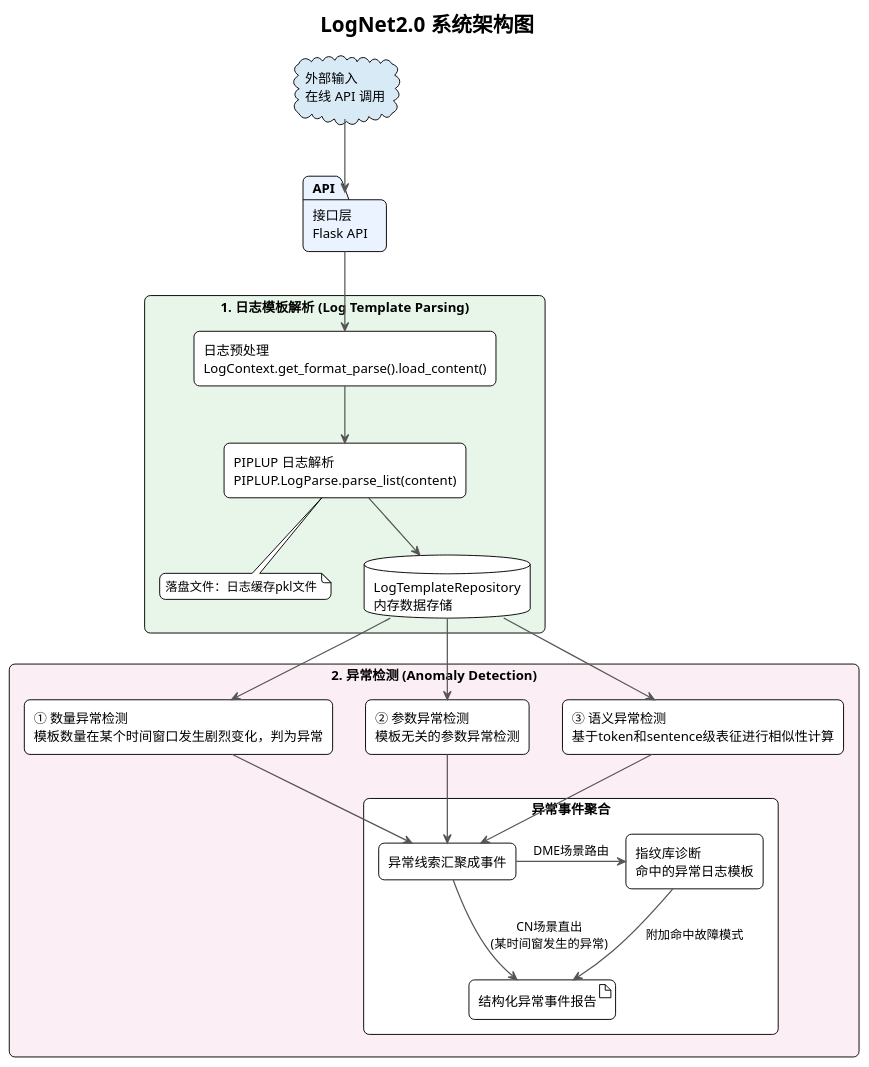
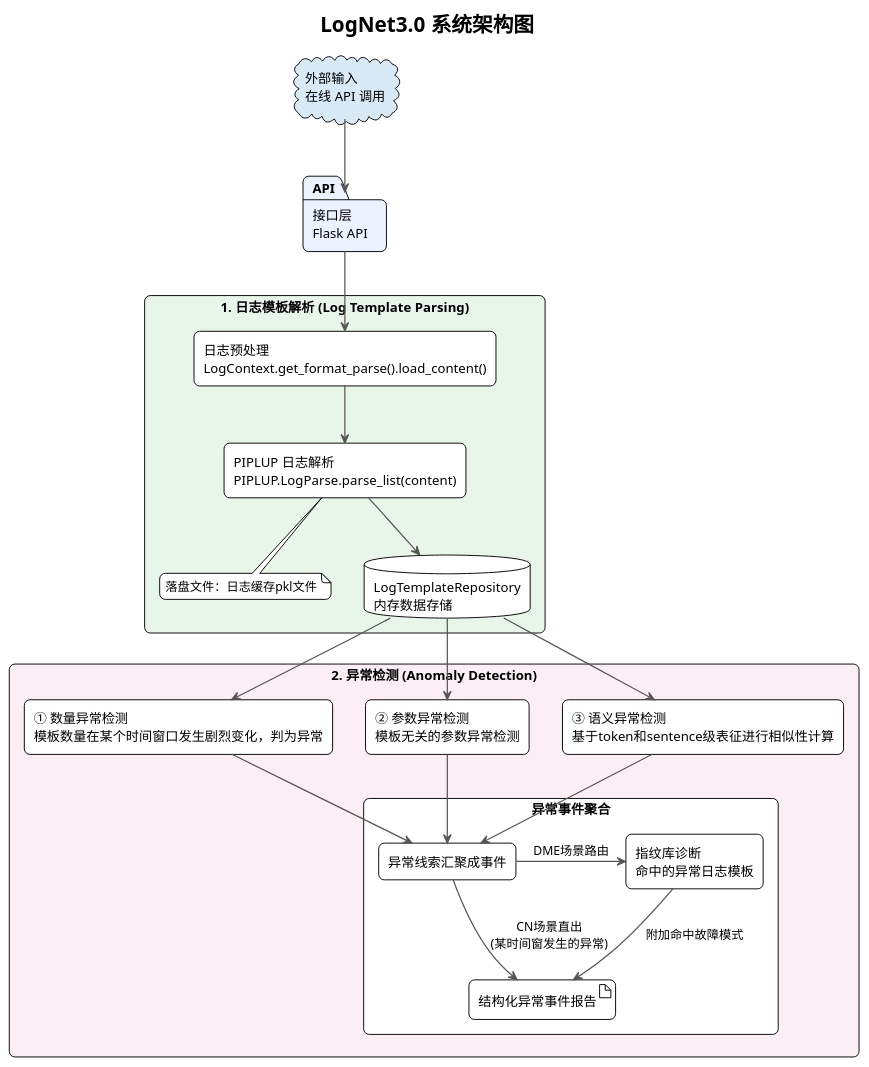
Before and after one commit to HouMonKy/TIG-PIPLUP: the first of 10 diagrams in LogNet3.0方案设计与实现文档.md, drawn with PlantUML. The commit also changed other lines of this file, not shown here.

````diff
--- a/LogNet3.0方案设计与实现文档.md
+++ b/LogNet3.0方案设计与实现文档.md
@@ -40,61 +40,61 @@
 ```plantuml
 @startuml TIG_PIPLUP_Architecture_Optimized
 !theme plain
 skinparam backgroundColor white
 skinparam shadowing false
 skinparam roundCorner 12
 skinparam packageStyle rectangle
 skinparam ArrowColor #555555
 skinparam ArrowThickness 1.3
 skinparam componentStyle rectangle
 
-title LogNet2.0 系统架构图
+title LogNet3.0 系统架构图
 
 cloud "外部输入\n在线 API 调用" as Ext #D9EAF7
 package "接口层\nFlask API" as API #EAF3FF
 
 package "1. 日志模板解析 (Log Template Parsing)" as ParseModule #E8F5E9 {
     component "日志预处理\nLogContext.get_format_parse().load_content()" as PreProcess
     component "PIPLUP 日志解析\nPIPLUP.LogParse.parse_list(content)" as Parse
     note bottom of Parse
       落盘文件：日志缓存pkl文件
     end note
     database "LogTemplateRepository\n内存数据存储" as Repo #FFFFFF
 }
 
 package "2. 异常检测 (Anomaly Detection)" as DetectModule #FCEEF5 {
     component "① 数量异常检测\n模板数量在某个时间窗口发生剧烈变化，判为异常" as DetectNum
     component "② 参数异常检测\n模板无关的参数异常检测" as DetectParam
     component "③ 语义异常检测\n基于token和sentence级表征进行相似性计算" as DetectSemantic
     
     package "异常事件聚合" as EventModule #FFFFFF {
         component "异常线索汇聚成事件" as EventAgg
         component "指纹库诊断\n命中的异常日志模板" as DME_Diag
         artifact "结构化异常事件报告" as EventReport
     }
 }
 
 ' 基础链路
 Ext -down-> API
 API -down-> PreProcess
 PreProcess -down-> Parse
 Parse -down-> Repo
 
 ' 数据流向异常检测组件
 Repo -down-> DetectNum
 Repo -down-> DetectParam
 Repo -down-> DetectSemantic
 
 ' 异常检测输出至事件聚合
 DetectNum -down-> EventAgg
 DetectParam -down-> EventAgg
 DetectSemantic -down-> EventAgg
 
 ' 场景分支路由
 EventAgg -down-> EventReport : CN场景直出\n(某时间窗发生的异常)
 EventAgg -right-> DME_Diag : DME场景路由
 DME_Diag -down-> EventReport : 附加命中故障模式
 
 @enduml
 
 ```
````
